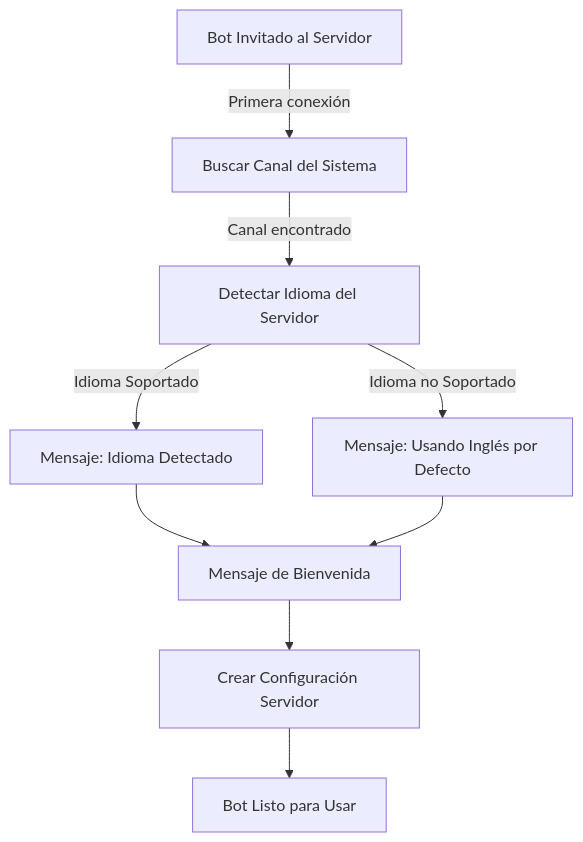
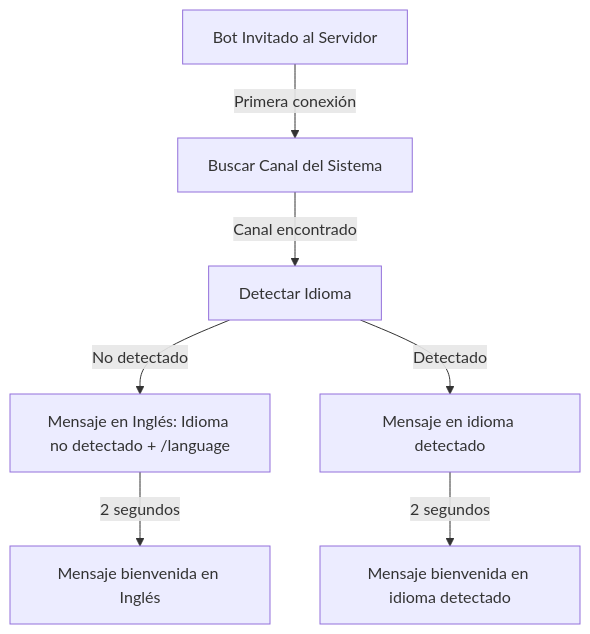
One commit to Jaie55/TuneTwister changed the first of 4 diagrams in README.md. Above: the diagram before and after it, drawn with Mermaid. The commit also changed other lines of this file, not shown here.

````diff
--- a/README.md
+++ b/README.md
@@ -8,11 +8,9 @@
 ```mermaid
 graph TD
     A[Bot Invitado al Servidor] -->|Primera conexión| B[Buscar Canal del Sistema]
-    B -->|Canal encontrado| C[Detectar Idioma del Servidor]
-    C -->|Idioma Soportado| D[Mensaje: Idioma Detectado]
-    C -->|Idioma no Soportado| E[Mensaje: Usando Inglés por Defecto]
-    D --> F[Mensaje de Bienvenida]
-    E --> F
-    F --> G[Crear Configuración Servidor]
-    G --> H[Bot Listo para Usar]
+    B -->|Canal encontrado| C[Detectar Idioma]
+    C -->|No detectado| D[Mensaje en Inglés: Idioma no detectado + /language]
+    C -->|Detectado| E[Mensaje en idioma detectado]
+    D -->|2 segundos| F[Mensaje bienvenida en Inglés]
+    E -->|2 segundos| G[Mensaje bienvenida en idioma detectado]
 ```
````
